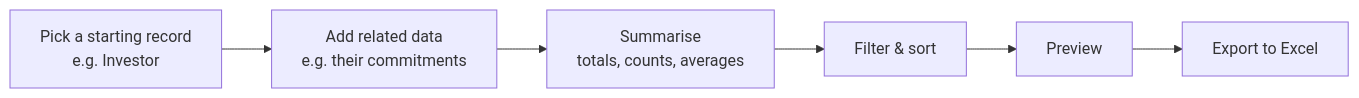
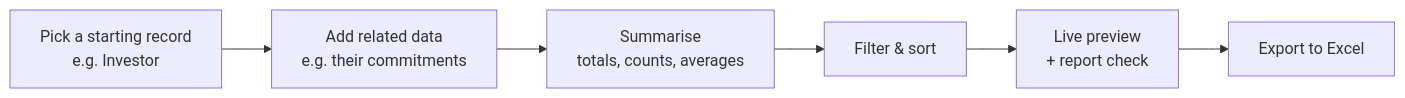
The first of 5 diagrams in docs/user_guides/report_builder_user_guide.md (sampadadiwan/IRM_CompanyMain), drawn with Mermaid before and after one commit. The commit also changed other lines of this file and 197 other files, not shown here.

First line of the commit message:
Report Builder usability: trust, live builder, starting points, delivery, Describe it

````diff
--- a/docs/user_guides/report_builder_user_guide.md
+++ b/docs/user_guides/report_builder_user_guide.md
@@ -33,8 +35,8 @@
 ```mermaid
 flowchart LR
     A[Pick a starting record<br/>e.g. Investor] --> B[Add related data<br/>e.g. their commitments]
     B --> C[Summarise<br/>totals, counts, averages]
     C --> D[Filter & sort]
-    D --> E[Preview]
+    D --> E[Live preview<br/>+ report check]
     E --> F[Export to Excel]
 ```
````
